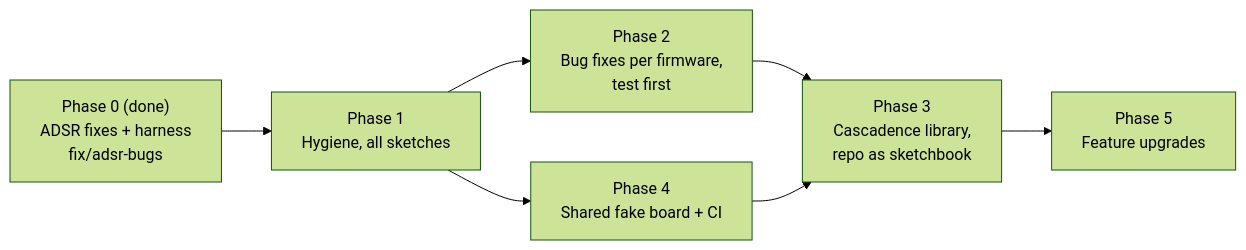
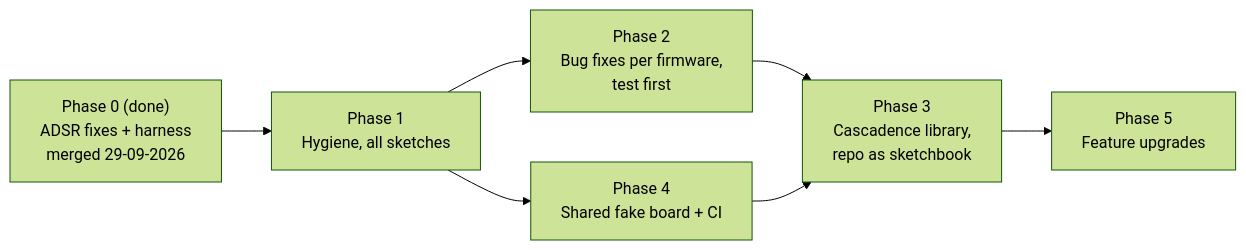
One commit to FrankNFT-labs/cascadence changed the diagram in UPGRADE-PLAN.md. Above: the diagram before and after it, drawn with Mermaid (forest theme). The commit also changed other lines of this file, not shown here.

First line of the commit message:
docs: record the merge of the ADSR fixes in the plan

````diff
--- a/UPGRADE-PLAN.md
+++ b/UPGRADE-PLAN.md
@@ -172,9 +172,9 @@
 ```mermaid
 flowchart LR
-  P0["Phase 0 (done)<br/>ADSR fixes + harness<br/>fix/adsr-bugs"] --> P1["Phase 1<br/>Hygiene, all sketches"]
+  P0["Phase 0 (done)<br/>ADSR fixes + harness<br/>merged 29-09-2026"] --> P1["Phase 1<br/>Hygiene, all sketches"]
   P1 --> P2["Phase 2<br/>Bug fixes per firmware,<br/>test first"]
   P1 --> P4["Phase 4<br/>Shared fake board + CI"]
   P2 --> P3["Phase 3<br/>Cascadence library,<br/>repo as sketchbook"]
   P4 --> P3
   P3 --> P5["Phase 5<br/>Feature upgrades"]
 ```
````
